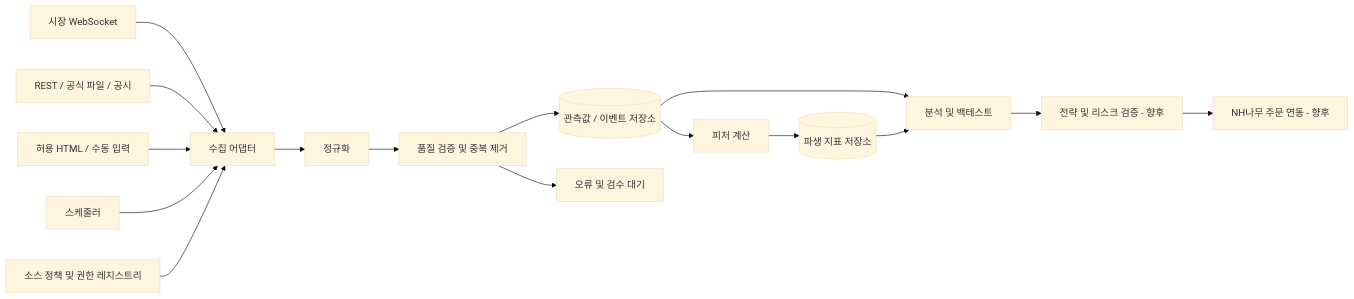
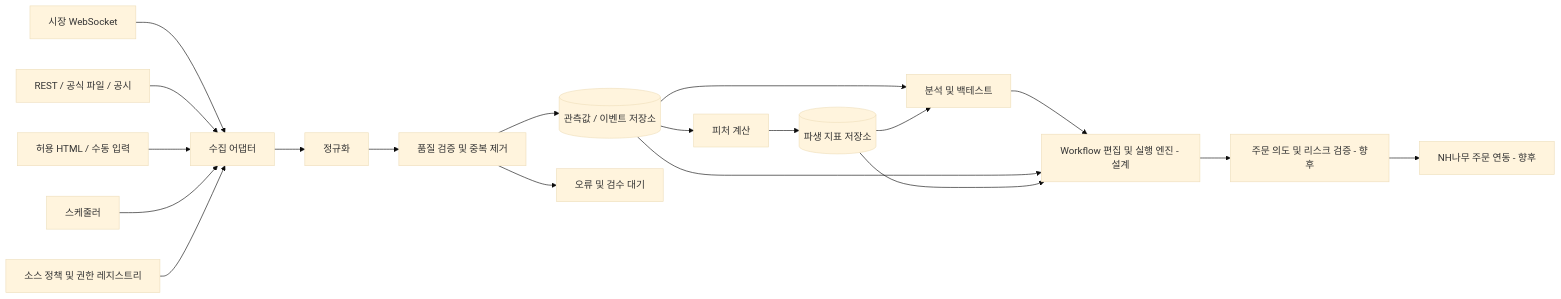
One commit to ELSAPHABA/Auto-Axe changed the first of 2 diagrams in docs/design/specification.md. Above: the diagram before and after it, drawn with Mermaid (base theme). The commit also changed other lines of this file, not shown here.

Commit message:
docs: integrate visual trading workflow requirements into system and frontend specifications

````diff
--- a/docs/design/specification.md
+++ b/docs/design/specification.md
@@ -16,18 +16,21 @@
 ```mermaid
 flowchart LR
   A[시장 WebSocket] --> C[수집 어댑터]
   B[REST / 공식 파일 / 공시] --> C
   H[허용 HTML / 수동 입력] --> C
   S[스케줄러] --> C
   R[소스 정책 및 권한 레지스트리] --> C
   C --> N[정규화]
   N --> Q[품질 검증 및 중복 제거]
   Q --> D[(관측값 / 이벤트 저장소)]
   Q --> E[오류 및 검수 대기]
   D --> F[피처 계산]
   F --> P[(파생 지표 저장소)]
   D --> V[분석 및 백테스트]
   P --> V
-  V --> G[전략 및 리스크 검증 - 향후]
+  V --> W[Workflow 편집 및 실행 엔진 - 설계]
+  D --> W
+  P --> W
+  W --> G[주문 의도 및 리스크 검증 - 향후]
   G --> O[NH나무 주문 연동 - 향후]
 ```
````
